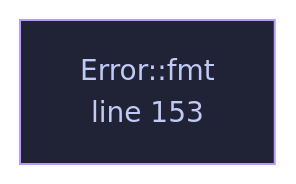
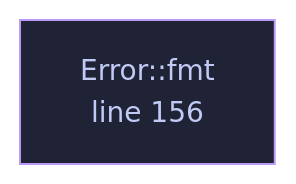
One commit to tilas01/veilvoice changed the diagram in docs/files/veilvoice-crypto/lib.md. Above: the diagram before and after it, drawn with Mermaid. The commit also changed other lines of this file and 58 other files, not shown here.

````diff
--- a/docs/files/veilvoice-crypto/lib.md
+++ b/docs/files/veilvoice-crypto/lib.md
@@ -118,8 +118,8 @@
 ```mermaid
 %%{init: {"theme":"base","themeVariables":{"background":"#1a1b26","primaryColor":"#1f2335","primaryTextColor":"#c0caf5","primaryBorderColor":"#7aa2f7","secondaryColor":"#16161e","tertiaryColor":"#16161e","lineColor":"#737aa2","textColor":"#c0caf5","mainBkg":"#1f2335","nodeBorder":"#7aa2f7","clusterBkg":"#16161e","clusterBorder":"#2f3549","fontFamily":"ui-monospace, SFMono-Regular, Consolas, monospace","fontSize":"14px"}}}%%
 flowchart TD
-    n_fmt["Error::fmt<br/>line 153"]
-    click n_fmt href "https://github.com/tilas01/veilvoice/blob/main/crates/veilvoice-crypto/src/lib.rs#L153" "open the source"
+    n_fmt["Error::fmt<br/>line 156"]
+    click n_fmt href "https://github.com/tilas01/veilvoice/blob/main/crates/veilvoice-crypto/src/lib.rs#L156" "open the source"
     classDef helper fill:#1f2335,stroke:#bb9af7,color:#c0caf5
     class n_fmt helper
 ```
````
